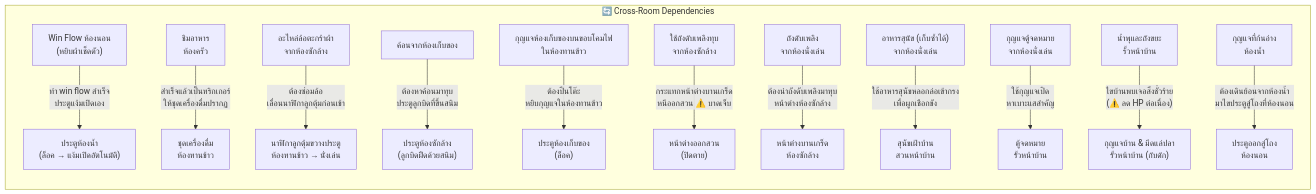
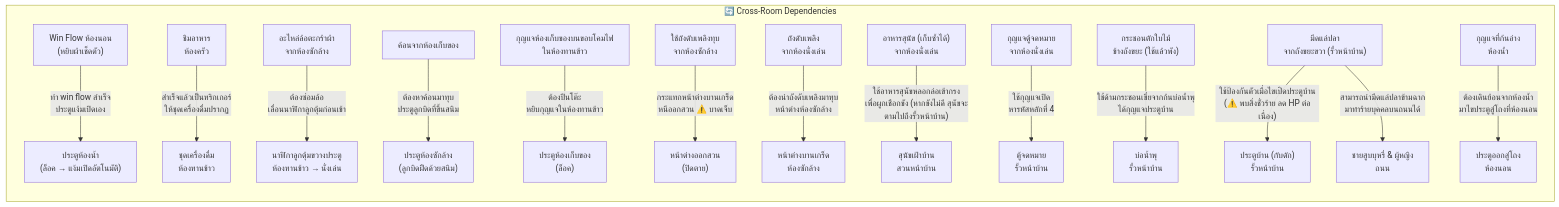
The second of 2 diagrams in design/map.md (witchu/horror-adventure), drawn with Mermaid before and after one commit. The commit also changed other lines of this file, not shown here.

````diff
--- a/design/map.md
+++ b/design/map.md
@@ -71,48 +71,55 @@
 ```mermaid
 graph LR
     subgraph "🔄 Cross-Room Dependencies"
         BED_FLOW["Win Flow ห้องนอน\n(หยิบผ้าเช็ดตัว)"]
         BATH_DOOR["ประตูห้องน้ำ\n(ล็อค → แง้มเปิดอัตโนมัติ)"]
         BED_FLOW -->|"ทำ win flow สำเร็จ\nประตูแง้มเปิดเอง"| BATH_DOOR
 
         KIT_FOOD["ชิมอาหาร\nห้องครัว"]
         DIN_TEA["ชุดเครื่องดื่ม\nห้องทานข้าว"]
         KIT_FOOD -->|"สำเร็จแล้วเป็นทริกเกอร์\nให้ชุดเครื่องดื่มปรากฏ"| DIN_TEA
 
         DIN_CABINET["นาฬิกาลูกตุ้มขวางประตู\nห้องทานข้าว → นั่งเล่น"]
         LAU_ITEM["อะไหล่ล้อตะกร้าผ้า\nจากห้องซักล้าง"]
         LAU_ITEM -->|"ต้องซ่อมล้อ\nเลื่อนนาฬิกาลูกตุ้มก่อนเข้า"| DIN_CABINET
 
         LAU_DOOR["ประตูห้องซักล้าง\n(ลูกบิดฝืดด้วยสนิม)"]
         STO_HAMMER["ค้อนจากห้องเก็บของ"]
         STO_HAMMER -->|"ต้องหาค้อนมาทุบ\nประตูลูกบิดที่ขึ้นสนิม"| LAU_DOOR
 
         STO_DOOR["ประตูห้องเก็บของ\n(ล็อค)"]
         DIN_KEY["กุญแจห้องเก็บของบนขอบโคมไฟ\nในห้องทานข้าว"]
         DIN_KEY -->|"ต้องปีนโต๊ะ\nหยิบกุญแจในห้องทานข้าว"| STO_DOOR
 
         GAR_WINDOW["หน้าต่างออกสวน\n(ปิดตาย)"]
         LAU_SMASH["ใช้ถังดับเพลิงทุบ\nจากห้องซักล้าง"]
         LAU_SMASH -->|"กระแทกหน้าต่างบานเกร็ด\nหนีออกสวน ⚠️ บาดเจ็บ"| GAR_WINDOW
 
         LAU_WINDOW2["หน้าต่างบานเกร็ด\nห้องซักล้าง"]
         LIV_EXTINGUISHER["ถังดับเพลิง\nจากห้องนั่งเล่น"]
         LIV_EXTINGUISHER -->|"ต้องนำถังดับเพลิงมาทุบ\nหน้าต่างห้องซักล้าง"| LAU_WINDOW2
 
         GAR_DOG["สุนัขเฝ้าบ้าน\nสวนหน้าบ้าน"]
         LIV_DOGFOOD["อาหารสุนัข (เก็บซ้ำได้)\nจากห้องนั่งเล่น"]
-        LIV_DOGFOOD -->|"ใช้อาหารสุนัขหลอกล่อเข้ากรง\nเพื่อผูกเชือกขัง"| GAR_DOG
+        LIV_DOGFOOD -->|"ใช้อาหารสุนัขหลอกล่อเข้ากรง\nเพื่อผูกเชือกขัง (หากขังไม่ดี สุนัขจะตามไปถึงรั้วหน้าบ้าน)"| GAR_DOG
 
         GATE_MAILBOX["ตู้จดหมาย\nรั้วหน้าบ้าน"]
         LIV_MAILKEY["กุญแจตู้จดหมาย\nจากห้องนั่งเล่น"]
-        LIV_MAILKEY -->|"ใช้กุญแจเปิด\nหาเบาะแสสำคัญ"| GATE_MAILBOX
+        LIV_MAILKEY -->|"ใช้กุญแจเปิด\nหารหัสหลักที่ 4"| GATE_MAILBOX
 
-        GATE_DOOR_TRAP["กุญแจบ้าน & มีดแล่ปลา\nรั้วหน้าบ้าน (กับดัก)"]
-        GATE_FOUNTAIN["น้ำพุและถังขยะ\nรั้วหน้าบ้าน"]
-        GATE_FOUNTAIN -->|"ไขบ้านพบเจอสิ่งชั่วร้าย\n(⚠️ ลด HP ต่อเนื่อง)"| GATE_DOOR_TRAP
+        GATE_FOUNTAIN["บ่อน้ำพุ\nรั้วหน้าบ้าน"]
+        GATE_NET["กระชอนตักใบไม้\nข้างถังขยะ (ใช้แล้วพัง)"]
+        GATE_NET -->|"ใช้ด้ามกระชอนเขี่ยจากก้นบ่อน้ำพุ\nได้กุญแจประตูบ้าน"| GATE_FOUNTAIN
+
+        GATE_DOOR["ประตูบ้าน (กับดัก)\nรั้วหน้าบ้าน"]
+        GATE_KNIFE["มีดแล่ปลา\nจากถังขยะขวา (รั้วหน้าบ้าน)"]
+        GATE_KNIFE -->|"ใช้ป้องกันตัวเมื่อไขเปิดประตูบ้าน\n(⚠️ พบสิ่งชั่วร้าย ลด HP ต่อเนื่อง)"| GATE_DOOR
+
+        ROAD_PEOPLE["ชายสูบบุหรี่ & ผู้หญิง\nถนน"]
+        GATE_KNIFE -->|"สามารถนำมีดแล่ปลาข้ามฉาก\nมาทำร้ายบุคคลบนถนนได้"| ROAD_PEOPLE
 
         BATH_KEY["กุญแจที่ก้นอ่าง\nห้องน้ำ"]
         BED_DOOR["ประตูออกสู่โถง\nห้องนอน"]
         BATH_KEY -->|"ต้องเดินย้อนจากห้องน้ำ\nมาไขประตูสู่โถงที่ห้องนอน"| BED_DOOR
     end
 ```
````
